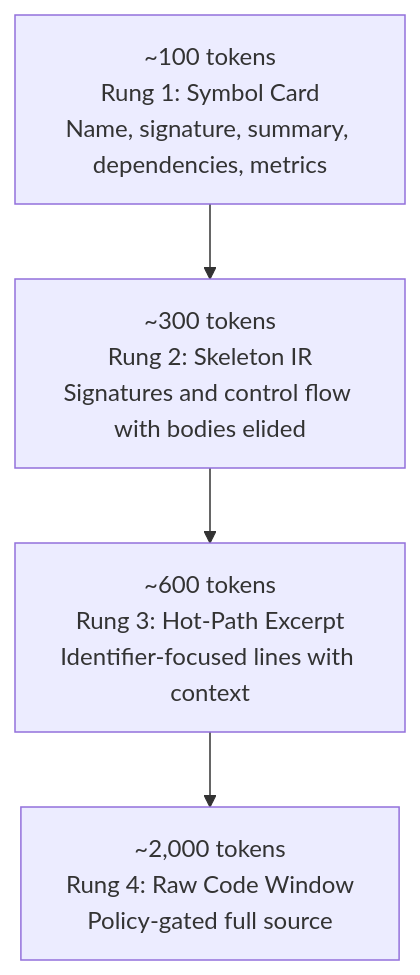
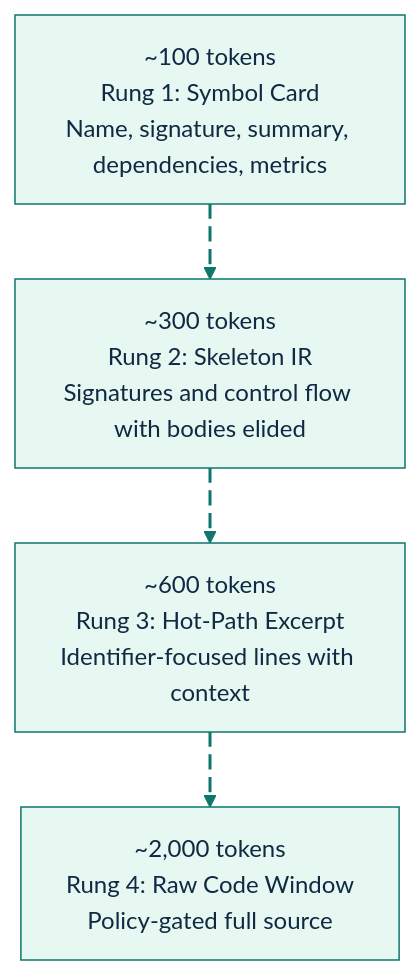
The second of 10 diagrams in README.md (GlitterKill/sdl-mcp), drawn with Mermaid before and after one commit. The commit also changed other lines of this file and 1 other file, not shown here.

````diff
--- a/README.md
+++ b/README.md
@@ -108,9 +119,21 @@
 ```mermaid
+%%{init: {"theme":"base","themeVariables":{"background":"#ffffff","primaryColor":"#E7F8F2","primaryBorderColor":"#0F766E","primaryTextColor":"#102A43","secondaryColor":"#E8F1FF","secondaryBorderColor":"#2563EB","secondaryTextColor":"#102A43","tertiaryColor":"#FFF4D6","tertiaryBorderColor":"#B45309","tertiaryTextColor":"#102A43","lineColor":"#0F766E","textColor":"#102A43","fontFamily":"Inter, ui-sans-serif, system-ui, -apple-system, BlinkMacSystemFont, Segoe UI, sans-serif"},"flowchart":{"curve":"basis","htmlLabels":true}}}%%
 flowchart TB
     R1["~100 tokens<br/>Rung 1: Symbol Card<br/>Name, signature, summary, dependencies, metrics"]
     R2["~300 tokens<br/>Rung 2: Skeleton IR<br/>Signatures and control flow with bodies elided"]
     R3["~600 tokens<br/>Rung 3: Hot-Path Excerpt<br/>Identifier-focused lines with context"]
     R4["~2,000 tokens<br/>Rung 4: Raw Code Window<br/>Policy-gated full source"]
 
-    R1 --> R2 --> R3 --> R4
+    R1 e1@--> R2
+    R2 e2@--> R3
+    R3 e3@--> R4
+
+    classDef source fill:#E7F8F2,stroke:#0F766E,stroke-width:2px,color:#102A43;
+    classDef process fill:#E8F1FF,stroke:#2563EB,stroke-width:2px,color:#102A43;
+    classDef decision fill:#FFF4D6,stroke:#B45309,stroke-width:2px,color:#102A43;
+    classDef storage fill:#F2E8FF,stroke:#7C3AED,stroke-width:2px,color:#102A43;
+    classDef output fill:#FFE8EF,stroke:#BE123C,stroke-width:2px,color:#102A43;
+    classDef muted fill:#F8FAFC,stroke:#64748B,stroke-width:1px,color:#102A43;
+    classDef animate stroke:#0F766E,stroke-width:2px,stroke-dasharray:10\,5,stroke-dashoffset:900,animation:dash 22s linear infinite;
+    class e1,e2,e3 animate;
 ```
````
